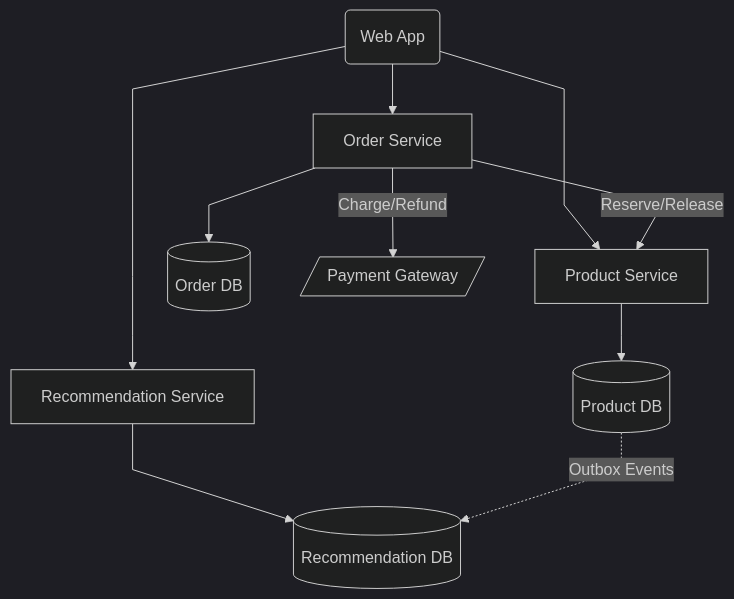
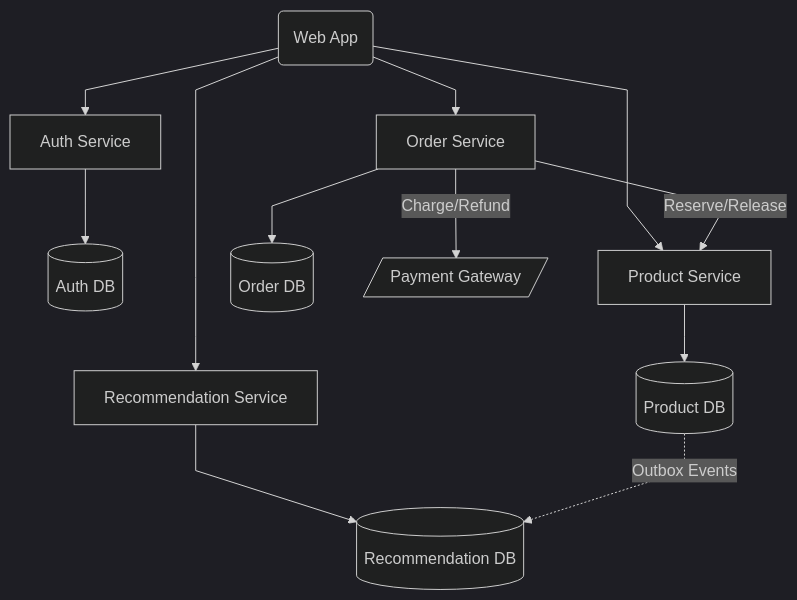
One commit to rafaritter44/architecture-katas changed the diagram in latency-aficionados/README.md. Above: the diagram before and after it, drawn with Mermaid (dark theme).

Commit message:
Add auth service to diagram

````diff
--- a/latency-aficionados/README.md
+++ b/latency-aficionados/README.md
@@ -11,33 +11,38 @@
 ```mermaid
 ---
 config:
   flowchart:
     curve: linear
 ---
 flowchart TD
     WA(Web App)
+
+    AS[Auth Service]
+    ADB[(Auth DB)]
 
     PS[Product Service]
     PDB[(Product DB)]
 
     OS[Order Service]
     ODB[(Order DB)]
 
     RS[Recommendation Service]
     RDB[(Recommendation DB)]
 
     PG[/Payment Gateway/]
 
+    WA --> AS
     WA --> PS
     WA --> RS
     WA --> OS
 
+    AS --> ADB
     PS --> PDB
     RS --> RDB
     OS --> ODB
 
     OS -->|Reserve/Release| PS
     OS -->|Charge/Refund| PG
 
     PDB -.->|Outbox Events| RDB
 ```
````
